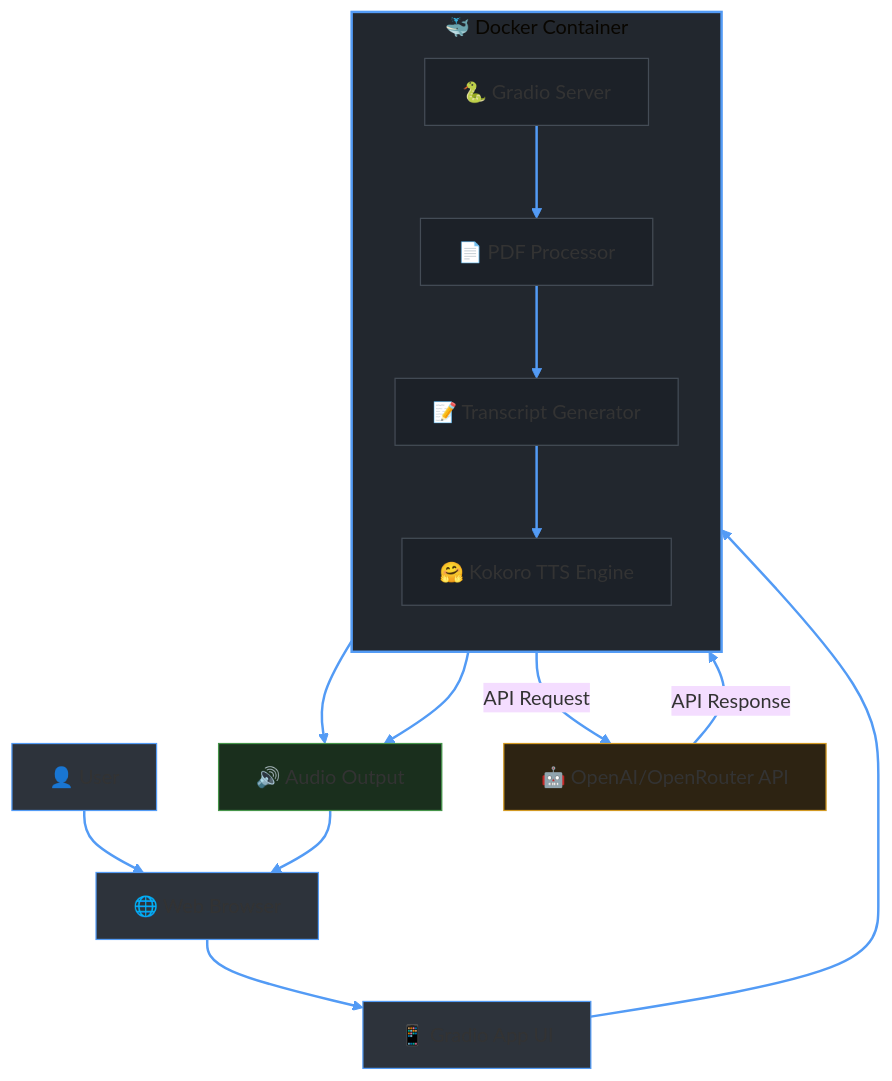
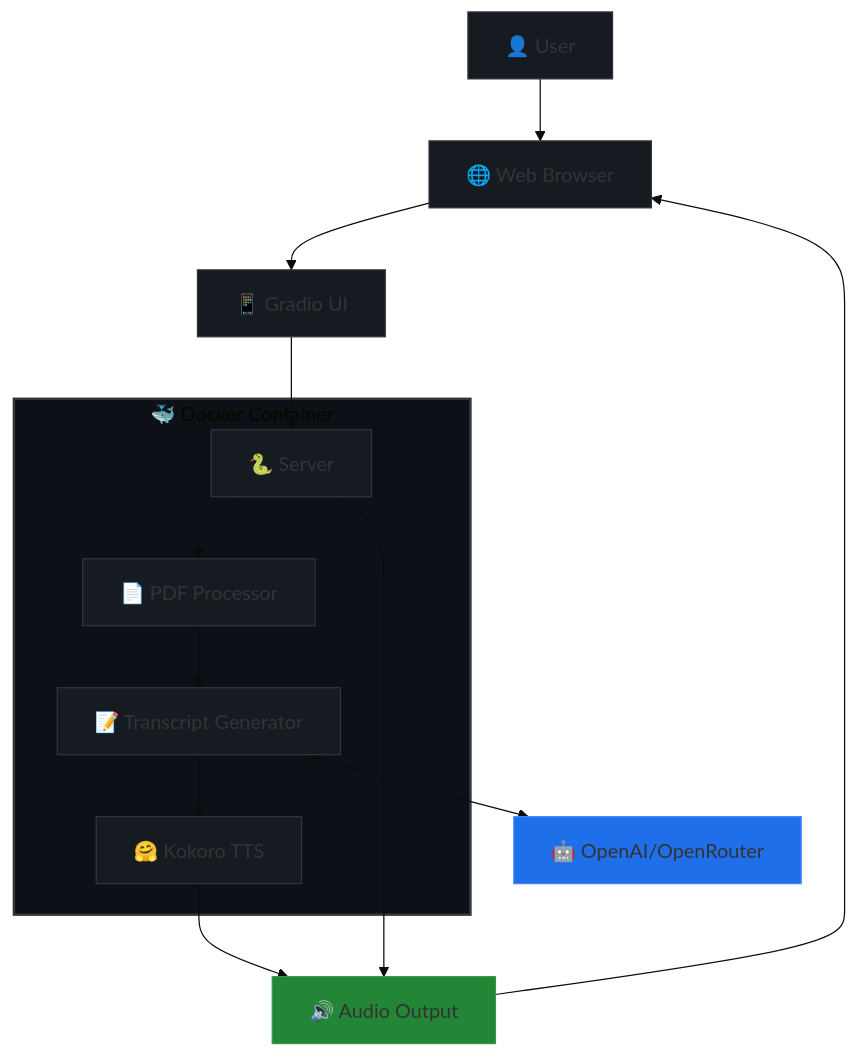
The diagram in NotebookLM_clone/Kokoro_GitHub/README.md (udaylunawat/Data-Science-Projects), drawn with Mermaid (base theme) before and after one commit.

Commit message:
updated mermaid diagram for native support on Github readme

````diff
--- a/NotebookLM_clone/Kokoro_GitHub/README.md
+++ b/NotebookLM_clone/Kokoro_GitHub/README.md
@@ -11,36 +11,27 @@
 ```mermaid
 flowchart TD
     A[👤 User] --> B[🌐 Web Browser]
-    B --> C[📱 Gradio App UI]
-    C --> D[🐍 Gradio Server]
+    B --> C[📱 Gradio UI]
+    C --> D[🐍 Server]
 
-    subgraph Docker_Container [🐳 Docker Container]
-        direction TB
-        D[🐍 Gradio Server]
-        E[📄 PDF Processor]
-        F[🤗 Kokoro TTS Engine]
-        G[📝 Transcript Generator]
-        D --> E
-        E --> G
-        G --> F
+    subgraph docker[🐳 Docker Container]
+        D --> E[📄 PDF Processor]
+        E --> G[📝 Transcript Generator]
+        G --> F[🤗 Kokoro TTS]
     end
 
     F --> H[🔊 Audio Output]
     D --> H
     H --> B
-    G -->|API Request| I[🤖 OpenAI/OpenRouter API]
-    I -->|API Response| G
+    G <--> I[🤖 OpenAI/OpenRouter]
 
-    style A fill:#2d333b,stroke:#539bf5
-    style B fill:#2d333b,stroke:#539bf5
-    style C fill:#2d333b,stroke:#539bf5
-    style Docker_Container fill:#22272e,stroke:#539bf5,stroke-width:2px
-    style D fill:#1c2128,stroke:#444c56
-    style E fill:#1c2128,stroke:#444c56
-    style F fill:#1c2128,stroke:#444c56
-    style G fill:#1c2128,stroke:#444c56
-    style H fill:#1a2f1d,stroke:#46954a
-    style I fill:#2d2312,stroke:#d29922
-    
-    linkStyle default stroke:#539bf5,stroke-width:2px
+    classDef container fill:#0d1117,stroke:#30363d,stroke-width:2px
+    classDef node fill:#161b22,stroke:#30363d
+    classDef output fill:#238636,stroke:#2ea043
+    classDef api fill:#1f6feb,stroke:#388bfd
+
+    class docker container
+    class A,B,C,D,E,F,G node
+    class H output
+    class I api
 ```
````
